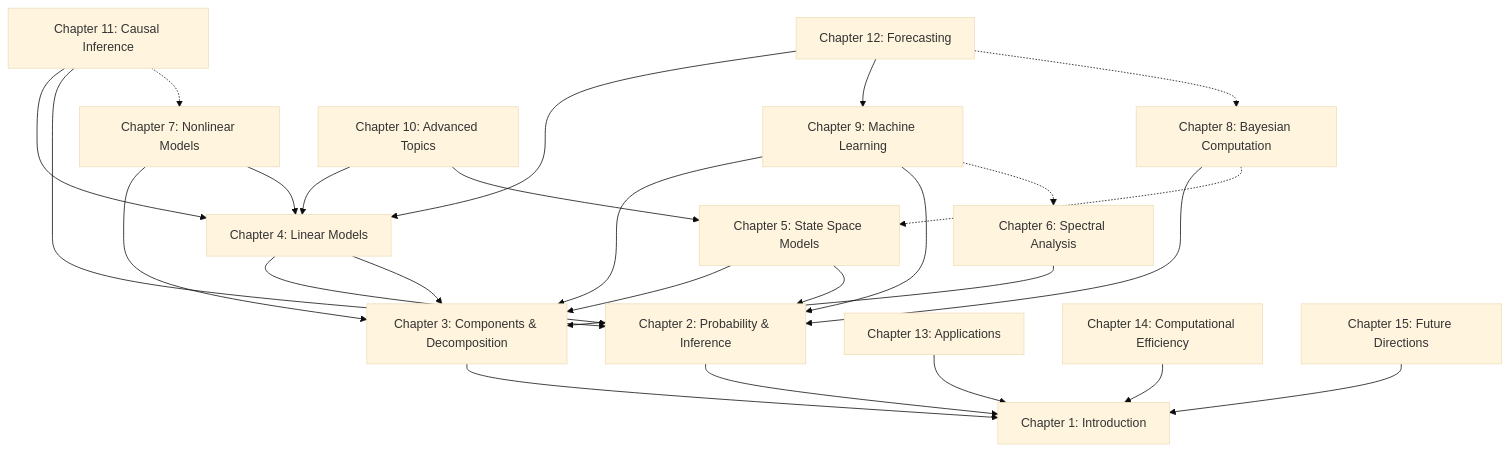
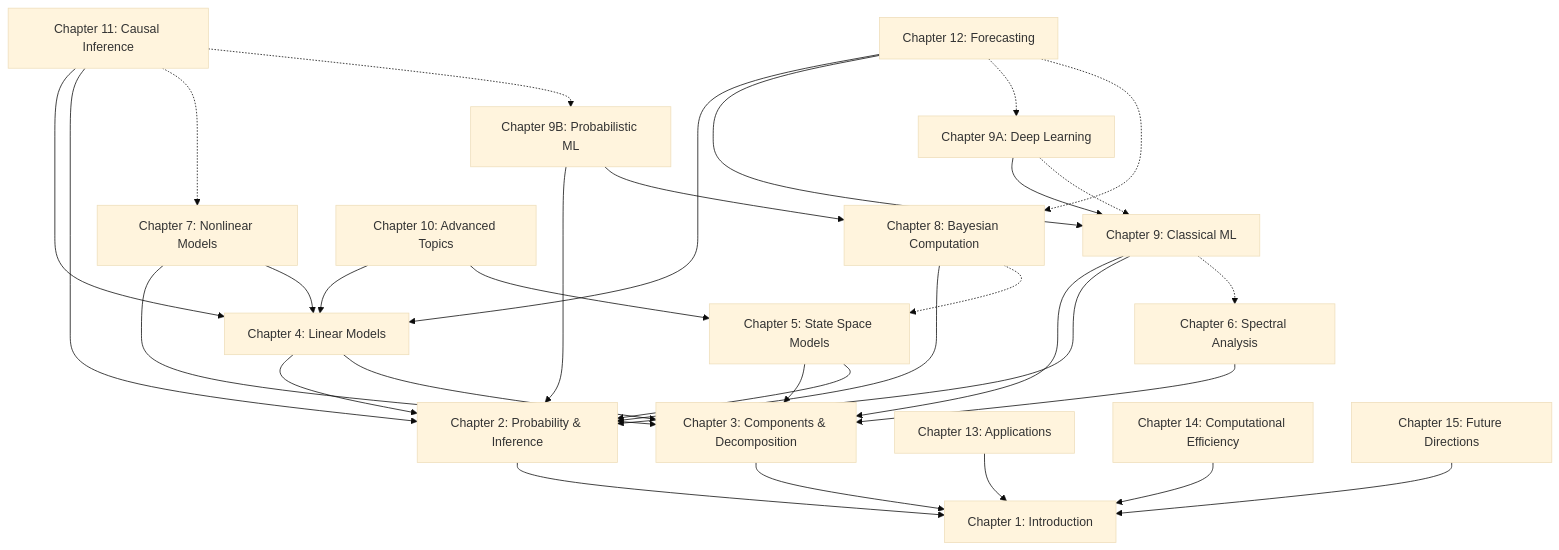
The diagram in Dependencies.md (abstractionlair/time-series-book), drawn with Mermaid (base theme) before and after one commit. The commit also changed other lines of this file and 4 other files, not shown here.

```diff
--- a/Dependencies.md
+++ b/Dependencies.md
@@ -26,7 +26,9 @@
     
     %% Advanced Methods
     C8[Chapter 8: Bayesian Computation]
-    C9[Chapter 9: Machine Learning]
+    C9[Chapter 9: Classical ML]
+    C9A[Chapter 9A: Deep Learning]
+    C9B[Chapter 9B: Probabilistic ML]
     C10[Chapter 10: Advanced Topics]
     
     %% Applications & Theory
@@ -62,7 +64,14 @@
     
     C9 --> C3
     C9 --> C2
-    %% ML needs basic time series concepts and probability
+    %% Classical ML needs basic time series concepts and probability
+    
+    C9A --> C9
+    %% Deep learning builds on classical ML concepts
+    
+    C9B --> C2
+    C9B --> C8
+    %% Probabilistic ML needs probability and Bayesian computation
     
     C10 --> C4
     C10 --> C5
@@ -75,7 +84,7 @@
     
     C12 --> C4
     C12 --> C9
-    %% Forecasting uses classical and ML methods
+    %% Forecasting uses classical methods and ML
     
     C13 --> C1
     %% Applications just needs basic understanding
@@ -95,8 +104,17 @@
     C9 -.-> C6
     %% ML can use spectral features
     
+    C9A -.-> C9
+    %% Deep learning may reference classical ML
+    
+    C12 -.-> C9A
+    %% Forecasting may use deep learning
+    
     C11 -.-> C7
     %% Causality in nonlinear systems
+    
+    C11 -.-> C9B
+    %% Causality may use graphical models
     
     C12 -.-> C8
     %% Bayesian forecasting
```
